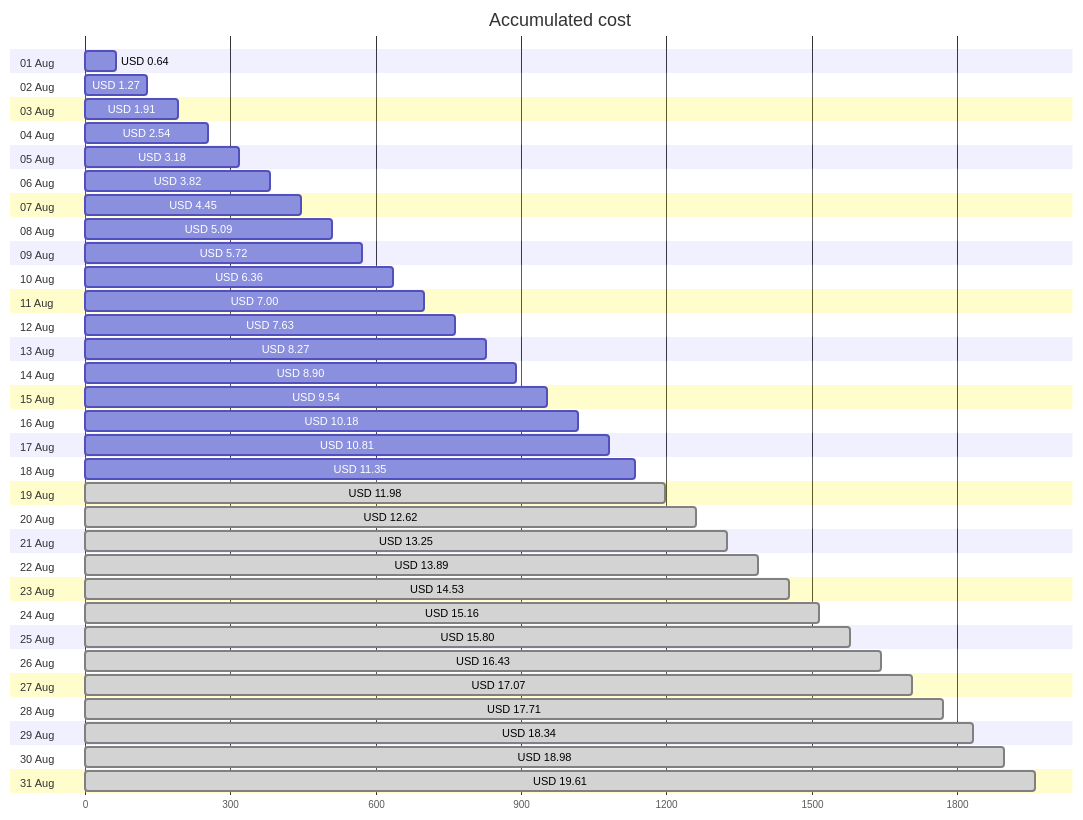
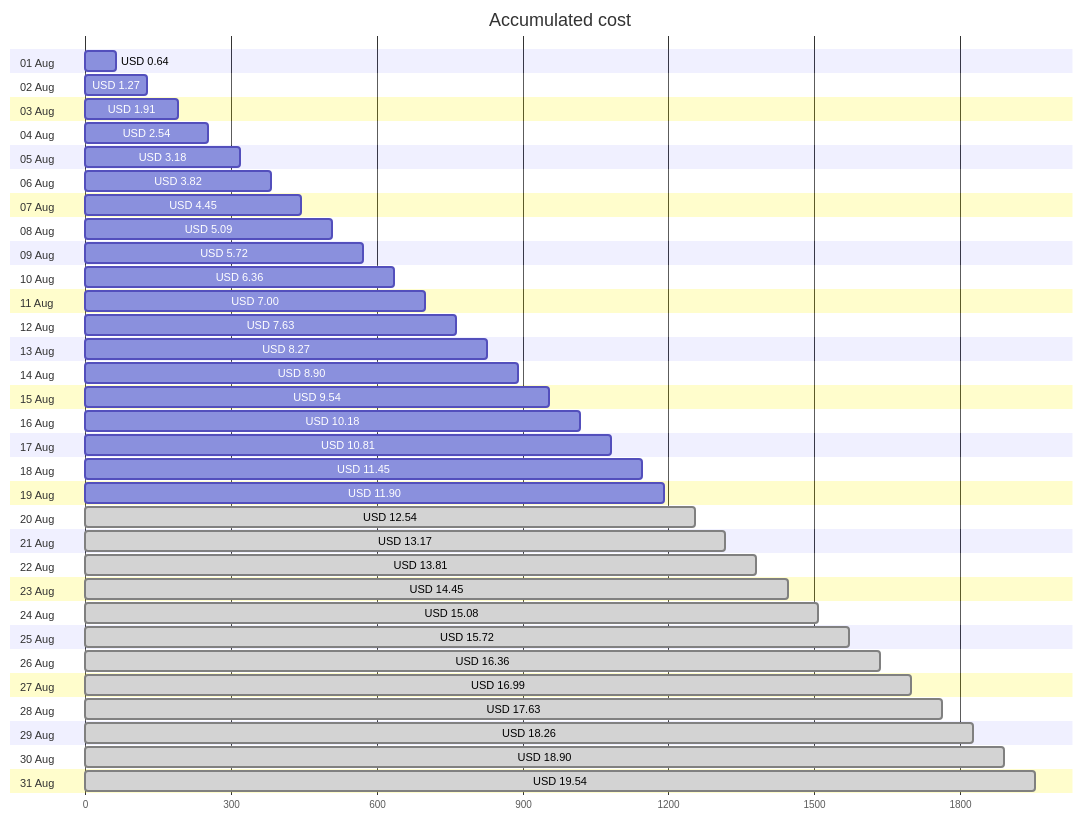
One commit to jpfulton/azure-personal-reports changed the first of 4 diagrams in cost-reports/accumulated-cost.md. Above: the diagram before and after it, drawn with Mermaid. The commit also changed other lines of this file and 4 other files, not shown here.

````diff
--- a/cost-reports/accumulated-cost.md
+++ b/cost-reports/accumulated-cost.md
@@ -20,68 +20,68 @@
 ```mermaid
 gantt
    title Accumulated cost
    dateFormat  X
    axisFormat %s
    section 01 Aug
    USD 0.64 :0, 64
    section 02 Aug
    USD 1.27 :0, 127
    section 03 Aug
    USD 1.91 :0, 191
    section 04 Aug
    USD 2.54 :0, 254
    section 05 Aug
    USD 3.18 :0, 318
    section 06 Aug
    USD 3.82 :0, 382
    section 07 Aug
    USD 4.45 :0, 445
    section 08 Aug
    USD 5.09 :0, 509
    section 09 Aug
    USD 5.72 :0, 572
    section 10 Aug
    USD 6.36 :0, 636
    section 11 Aug
    USD 7.00 :0, 700
    section 12 Aug
    USD 7.63 :0, 763
    section 13 Aug
    USD 8.27 :0, 827
    section 14 Aug
    USD 8.90 :0, 890
    section 15 Aug
    USD 9.54 :0, 954
    section 16 Aug
    USD 10.18 :0, 1018
    section 17 Aug
    USD 10.81 :0, 1081
    section 18 Aug
-   USD 11.35 :0, 1135
+   USD 11.45 :0, 1145
    section 19 Aug
-   USD 11.98 : done, 0, 1198
+   USD 11.90 :0, 1190
    section 20 Aug
-   USD 12.62 : done, 0, 1262
+   USD 12.54 : done, 0, 1254
    section 21 Aug
-   USD 13.25 : done, 0, 1325
+   USD 13.17 : done, 0, 1317
    section 22 Aug
-   USD 13.89 : done, 0, 1389
+   USD 13.81 : done, 0, 1381
    section 23 Aug
-   USD 14.53 : done, 0, 1453
+   USD 14.45 : done, 0, 1445
    section 24 Aug
-   USD 15.16 : done, 0, 1516
+   USD 15.08 : done, 0, 1508
    section 25 Aug
-   USD 15.80 : done, 0, 1580
+   USD 15.72 : done, 0, 1572
    section 26 Aug
-   USD 16.43 : done, 0, 1643
+   USD 16.36 : done, 0, 1636
    section 27 Aug
-   USD 17.07 : done, 0, 1707
+   USD 16.99 : done, 0, 1699
    section 28 Aug
-   USD 17.71 : done, 0, 1771
+   USD 17.63 : done, 0, 1763
    section 29 Aug
-   USD 18.34 : done, 0, 1834
+   USD 18.26 : done, 0, 1826
    section 30 Aug
-   USD 18.98 : done, 0, 1898
+   USD 18.90 : done, 0, 1890
    section 31 Aug
-   USD 19.61 : done, 0, 1961
+   USD 19.54 : done, 0, 1954
 ```
````
